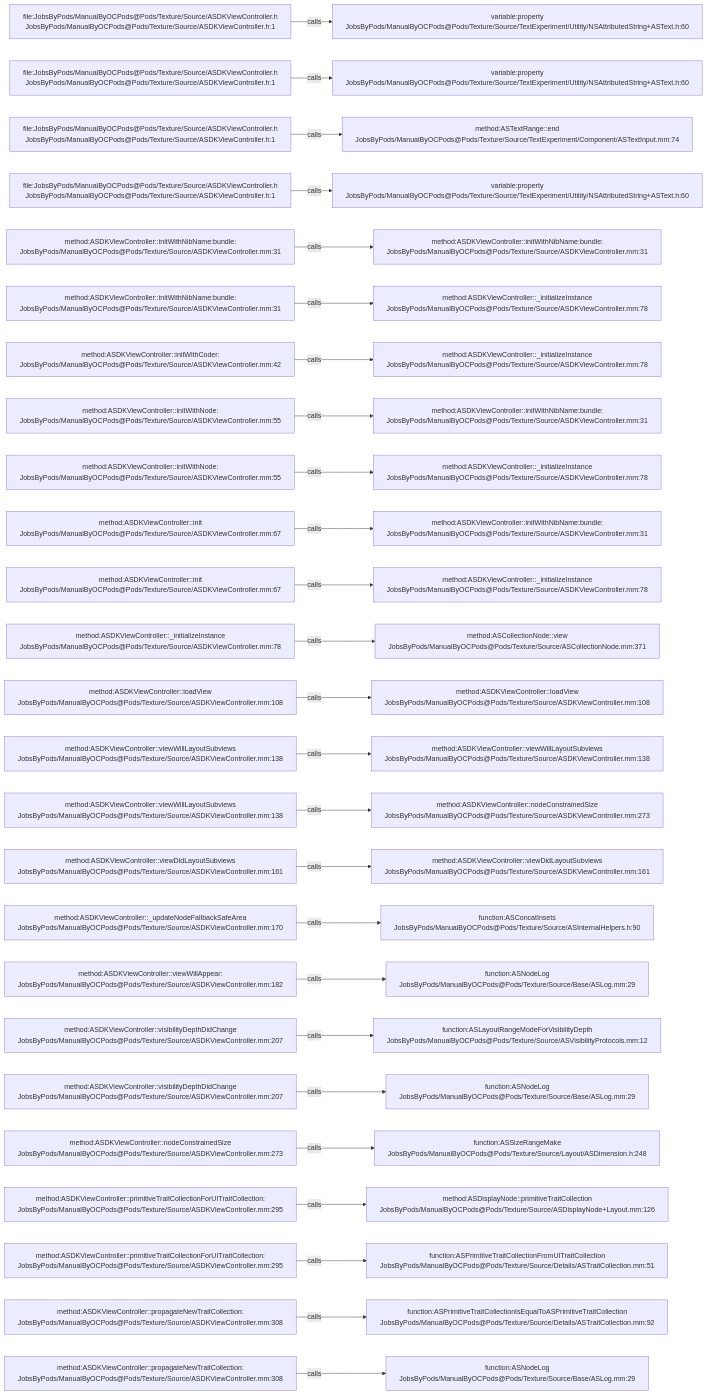
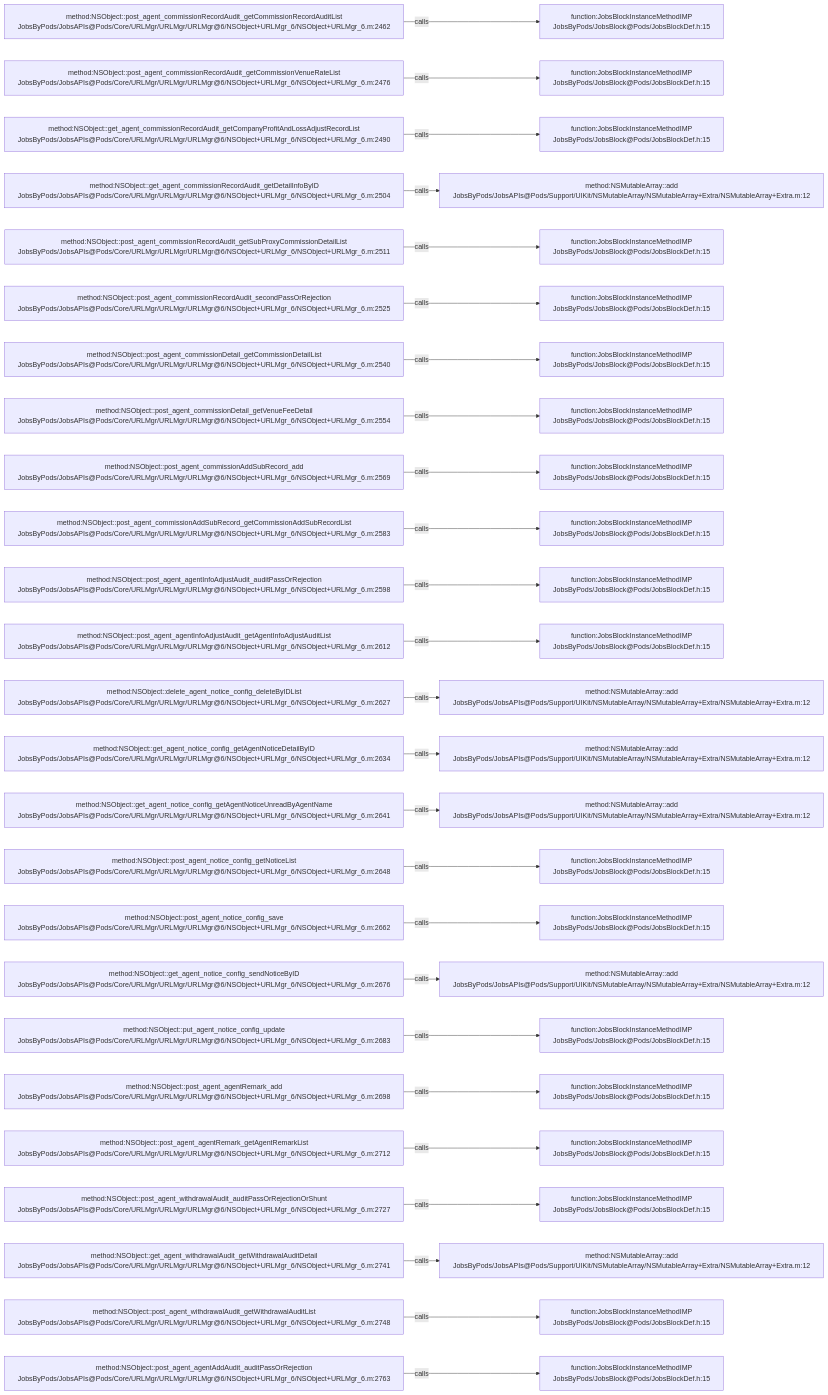
The diagram in .codegraph/codegraph.md/graphs/calls-074.md (JobsKits/JobsOCBaseConfigDemo), drawn with Mermaid before and after one commit. The commit also changed 768 other files, not shown here.

````diff
--- a/.codegraph/codegraph.md/graphs/calls-074.md
+++ b/.codegraph/codegraph.md/graphs/calls-074.md
@@ -13,78 +13,78 @@
 ```mermaid
 flowchart LR
-  S1["file:JobsByPods/ManualByOCPods@Pods/Texture/Source/ASDKViewController.h<br/>JobsByPods/ManualByOCPods@Pods/Texture/Source/ASDKViewController.h:1"]
-  T1["variable:property<br/>JobsByPods/ManualByOCPods@Pods/Texture/Source/TextExperiment/Utility/NSAttributedString+ASText.h:60"]
+  S1["method:NSObject::post_agent_commissionRecordAudit_getCommissionRecordAuditList<br/>JobsByPods/JobsAPIs@Pods/Core/URLMgr/URLMgr/URLMgr@6/NSObject+URLMgr_6/NSObject+URLMgr_6.m:2462"]
+  T1["function:JobsBlockInstanceMethodIMP<br/>JobsByPods/JobsBlock@Pods/JobsBlockDef.h:15"]
   S1 -->|calls| T1
-  S2["file:JobsByPods/ManualByOCPods@Pods/Texture/Source/ASDKViewController.h<br/>JobsByPods/ManualByOCPods@Pods/Texture/Source/ASDKViewController.h:1"]
-  T2["variable:property<br/>JobsByPods/ManualByOCPods@Pods/Texture/Source/TextExperiment/Utility/NSAttributedString+ASText.h:60"]
+  S2["method:NSObject::post_agent_commissionRecordAudit_getCommissionVenueRateList<br/>JobsByPods/JobsAPIs@Pods/Core/URLMgr/URLMgr/URLMgr@6/NSObject+URLMgr_6/NSObject+URLMgr_6.m:2476"]
+  T2["function:JobsBlockInstanceMethodIMP<br/>JobsByPods/JobsBlock@Pods/JobsBlockDef.h:15"]
   S2 -->|calls| T2
-  S3["file:JobsByPods/ManualByOCPods@Pods/Texture/Source/ASDKViewController.h<br/>JobsByPods/ManualByOCPods@Pods/Texture/Source/ASDKViewController.h:1"]
-  T3["method:ASTextRange::end<br/>JobsByPods/ManualByOCPods@Pods/Texture/Source/TextExperiment/Component/ASTextInput.mm:74"]
+  S3["method:NSObject::get_agent_commissionRecordAudit_getCompanyProfitAndLossAdjustRecordList<br/>JobsByPods/JobsAPIs@Pods/Core/URLMgr/URLMgr/URLMgr@6/NSObject+URLMgr_6/NSObject+URLMgr_6.m:2490"]
+  T3["function:JobsBlockInstanceMethodIMP<br/>JobsByPods/JobsBlock@Pods/JobsBlockDef.h:15"]
   S3 -->|calls| T3
-  S4["file:JobsByPods/ManualByOCPods@Pods/Texture/Source/ASDKViewController.h<br/>JobsByPods/ManualByOCPods@Pods/Texture/Source/ASDKViewController.h:1"]
-  T4["variable:property<br/>JobsByPods/ManualByOCPods@Pods/Texture/Source/TextExperiment/Utility/NSAttributedString+ASText.h:60"]
+  S4["method:NSObject::get_agent_commissionRecordAudit_getDetailInfoByID<br/>JobsByPods/JobsAPIs@Pods/Core/URLMgr/URLMgr/URLMgr@6/NSObject+URLMgr_6/NSObject+URLMgr_6.m:2504"]
+  T4["method:NSMutableArray::add<br/>JobsByPods/JobsAPIs@Pods/Support/UIKit/NSMutableArray/NSMutableArray+Extra/NSMutableArray+Extra.m:12"]
   S4 -->|calls| T4
-  S5["method:ASDKViewController::initWithNibName:bundle:<br/>JobsByPods/ManualByOCPods@Pods/Texture/Source/ASDKViewController.mm:31"]
-  T5["method:ASDKViewController::initWithNibName:bundle:<br/>JobsByPods/ManualByOCPods@Pods/Texture/Source/ASDKViewController.mm:31"]
+  S5["method:NSObject::post_agent_commissionRecordAudit_getSubProxyCommissionDetailList<br/>JobsByPods/JobsAPIs@Pods/Core/URLMgr/URLMgr/URLMgr@6/NSObject+URLMgr_6/NSObject+URLMgr_6.m:2511"]
+  T5["function:JobsBlockInstanceMethodIMP<br/>JobsByPods/JobsBlock@Pods/JobsBlockDef.h:15"]
   S5 -->|calls| T5
-  S6["method:ASDKViewController::initWithNibName:bundle:<br/>JobsByPods/ManualByOCPods@Pods/Texture/Source/ASDKViewController.mm:31"]
-  T6["method:ASDKViewController::_initializeInstance<br/>JobsByPods/ManualByOCPods@Pods/Texture/Source/ASDKViewController.mm:78"]
+  S6["method:NSObject::post_agent_commissionRecordAudit_secondPassOrRejection<br/>JobsByPods/JobsAPIs@Pods/Core/URLMgr/URLMgr/URLMgr@6/NSObject+URLMgr_6/NSObject+URLMgr_6.m:2525"]
+  T6["function:JobsBlockInstanceMethodIMP<br/>JobsByPods/JobsBlock@Pods/JobsBlockDef.h:15"]
   S6 -->|calls| T6
-  S7["method:ASDKViewController::initWithCoder:<br/>JobsByPods/ManualByOCPods@Pods/Texture/Source/ASDKViewController.mm:42"]
-  T7["method:ASDKViewController::_initializeInstance<br/>JobsByPods/ManualByOCPods@Pods/Texture/Source/ASDKViewController.mm:78"]
+  S7["method:NSObject::post_agent_commissionDetail_getCommissionDetailList<br/>JobsByPods/JobsAPIs@Pods/Core/URLMgr/URLMgr/URLMgr@6/NSObject+URLMgr_6/NSObject+URLMgr_6.m:2540"]
+  T7["function:JobsBlockInstanceMethodIMP<br/>JobsByPods/JobsBlock@Pods/JobsBlockDef.h:15"]
   S7 -->|calls| T7
-  S8["method:ASDKViewController::initWithNode:<br/>JobsByPods/ManualByOCPods@Pods/Texture/Source/ASDKViewController.mm:55"]
-  T8["method:ASDKViewController::initWithNibName:bundle:<br/>JobsByPods/ManualByOCPods@Pods/Texture/Source/ASDKViewController.mm:31"]
+  S8["method:NSObject::post_agent_commissionDetail_getVenueFeeDetail<br/>JobsByPods/JobsAPIs@Pods/Core/URLMgr/URLMgr/URLMgr@6/NSObject+URLMgr_6/NSObject+URLMgr_6.m:2554"]
+  T8["function:JobsBlockInstanceMethodIMP<br/>JobsByPods/JobsBlock@Pods/JobsBlockDef.h:15"]
   S8 -->|calls| T8
-  S9["method:ASDKViewController::initWithNode:<br/>JobsByPods/ManualByOCPods@Pods/Texture/Source/ASDKViewController.mm:55"]
-  T9["method:ASDKViewController::_initializeInstance<br/>JobsByPods/ManualByOCPods@Pods/Texture/Source/ASDKViewController.mm:78"]
+  S9["method:NSObject::post_agent_commissionAddSubRecord_add<br/>JobsByPods/JobsAPIs@Pods/Core/URLMgr/URLMgr/URLMgr@6/NSObject+URLMgr_6/NSObject+URLMgr_6.m:2569"]
+  T9["function:JobsBlockInstanceMethodIMP<br/>JobsByPods/JobsBlock@Pods/JobsBlockDef.h:15"]
   S9 -->|calls| T9
-  S10["method:ASDKViewController::init<br/>JobsByPods/ManualByOCPods@Pods/Texture/Source/ASDKViewController.mm:67"]
-  T10["method:ASDKViewController::initWithNibName:bundle:<br/>JobsByPods/ManualByOCPods@Pods/Texture/Source/ASDKViewController.mm:31"]
+  S10["method:NSObject::post_agent_commissionAddSubRecord_getCommissionAddSubRecordList<br/>JobsByPods/JobsAPIs@Pods/Core/URLMgr/URLMgr/URLMgr@6/NSObject+URLMgr_6/NSObject+URLMgr_6.m:2583"]
+  T10["function:JobsBlockInstanceMethodIMP<br/>JobsByPods/JobsBlock@Pods/JobsBlockDef.h:15"]
   S10 -->|calls| T10
-  S11["method:ASDKViewController::init<br/>JobsByPods/ManualByOCPods@Pods/Texture/Source/ASDKViewController.mm:67"]
-  T11["method:ASDKViewController::_initializeInstance<br/>JobsByPods/ManualByOCPods@Pods/Texture/Source/ASDKViewController.mm:78"]
+  S11["method:NSObject::post_agent_agentInfoAdjustAudit_auditPassOrRejection<br/>JobsByPods/JobsAPIs@Pods/Core/URLMgr/URLMgr/URLMgr@6/NSObject+URLMgr_6/NSObject+URLMgr_6.m:2598"]
+  T11["function:JobsBlockInstanceMethodIMP<br/>JobsByPods/JobsBlock@Pods/JobsBlockDef.h:15"]
   S11 -->|calls| T11
-  S12["method:ASDKViewController::_initializeInstance<br/>JobsByPods/ManualByOCPods@Pods/Texture/Source/ASDKViewController.mm:78"]
-  T12["method:ASCollectionNode::view<br/>JobsByPods/ManualByOCPods@Pods/Texture/Source/ASCollectionNode.mm:371"]
+  S12["method:NSObject::post_agent_agentInfoAdjustAudit_getAgentInfoAdjustAuditList<br/>JobsByPods/JobsAPIs@Pods/Core/URLMgr/URLMgr/URLMgr@6/NSObject+URLMgr_6/NSObject+URLMgr_6.m:2612"]
+  T12["function:JobsBlockInstanceMethodIMP<br/>JobsByPods/JobsBlock@Pods/JobsBlockDef.h:15"]
   S12 -->|calls| T12
-  S13["method:ASDKViewController::loadView<br/>JobsByPods/ManualByOCPods@Pods/Texture/Source/ASDKViewController.mm:108"]
-  T13["method:ASDKViewController::loadView<br/>JobsByPods/ManualByOCPods@Pods/Texture/Source/ASDKViewController.mm:108"]
+  S13["method:NSObject::delete_agent_notice_config_deleteByIDList<br/>JobsByPods/JobsAPIs@Pods/Core/URLMgr/URLMgr/URLMgr@6/NSObject+URLMgr_6/NSObject+URLMgr_6.m:2627"]
+  T13["method:NSMutableArray::add<br/>JobsByPods/JobsAPIs@Pods/Support/UIKit/NSMutableArray/NSMutableArray+Extra/NSMutableArray+Extra.m:12"]
   S13 -->|calls| T13
-  S14["method:ASDKViewController::viewWillLayoutSubviews<br/>JobsByPods/ManualByOCPods@Pods/Texture/Source/ASDKViewController.mm:138"]
-  T14["method:ASDKViewController::viewWillLayoutSubviews<br/>JobsByPods/ManualByOCPods@Pods/Texture/Source/ASDKViewController.mm:138"]
+  S14["method:NSObject::get_agent_notice_config_getAgentNoticeDetailByID<br/>JobsByPods/JobsAPIs@Pods/Core/URLMgr/URLMgr/URLMgr@6/NSObject+URLMgr_6/NSObject+URLMgr_6.m:2634"]
+  T14["method:NSMutableArray::add<br/>JobsByPods/JobsAPIs@Pods/Support/UIKit/NSMutableArray/NSMutableArray+Extra/NSMutableArray+Extra.m:12"]
   S14 -->|calls| T14
-  S15["method:ASDKViewController::viewWillLayoutSubviews<br/>JobsByPods/ManualByOCPods@Pods/Texture/Source/ASDKViewController.mm:138"]
-  T15["method:ASDKViewController::nodeConstrainedSize<br/>JobsByPods/ManualByOCPods@Pods/Texture/Source/ASDKViewController.mm:273"]
+  S15["method:NSObject::get_agent_notice_config_getAgentNoticeUnreadByAgentName<br/>JobsByPods/JobsAPIs@Pods/Core/URLMgr/URLMgr/URLMgr@6/NSObject+URLMgr_6/NSObject+URLMgr_6.m:2641"]
+  T15["method:NSMutableArray::add<br/>JobsByPods/JobsAPIs@Pods/Support/UIKit/NSMutableArray/NSMutableArray+Extra/NSMutableArray+Extra.m:12"]
   S15 -->|calls| T15
-  S16["method:ASDKViewController::viewDidLayoutSubviews<br/>JobsByPods/ManualByOCPods@Pods/Texture/Source/ASDKViewController.mm:161"]
-  T16["method:ASDKViewController::viewDidLayoutSubviews<br/>JobsByPods/ManualByOCPods@Pods/Texture/Source/ASDKViewController.mm:161"]
+  S16["method:NSObject::post_agent_notice_config_getNoticeList<br/>JobsByPods/JobsAPIs@Pods/Core/URLMgr/URLMgr/URLMgr@6/NSObject+URLMgr_6/NSObject+URLMgr_6.m:2648"]
+  T16["function:JobsBlockInstanceMethodIMP<br/>JobsByPods/JobsBlock@Pods/JobsBlockDef.h:15"]
   S16 -->|calls| T16
-  S17["method:ASDKViewController::_updateNodeFallbackSafeArea<br/>JobsByPods/ManualByOCPods@Pods/Texture/Source/ASDKViewController.mm:170"]
-  T17["function:ASConcatInsets<br/>JobsByPods/ManualByOCPods@Pods/Texture/Source/ASInternalHelpers.h:90"]
+  S17["method:NSObject::post_agent_notice_config_save<br/>JobsByPods/JobsAPIs@Pods/Core/URLMgr/URLMgr/URLMgr@6/NSObject+URLMgr_6/NSObject+URLMgr_6.m:2662"]
+  T17["function:JobsBlockInstanceMethodIMP<br/>JobsByPods/JobsBlock@Pods/JobsBlockDef.h:15"]
   S17 -->|calls| T17
-  S18["method:ASDKViewController::viewWillAppear:<br/>JobsByPods/ManualByOCPods@Pods/Texture/Source/ASDKViewController.mm:182"]
-  T18["function:ASNodeLog<br/>JobsByPods/ManualByOCPods@Pods/Texture/Source/Base/ASLog.mm:29"]
+  S18["method:NSObject::get_agent_notice_config_sendNoticeByID<br/>JobsByPods/JobsAPIs@Pods/Core/URLMgr/URLMgr/URLMgr@6/NSObject+URLMgr_6/NSObject+URLMgr_6.m:2676"]
+  T18["method:NSMutableArray::add<br/>JobsByPods/JobsAPIs@Pods/Support/UIKit/NSMutableArray/NSMutableArray+Extra/NSMutableArray+Extra.m:12"]
   S18 -->|calls| T18
-  S19["method:ASDKViewController::visibilityDepthDidChange<br/>JobsByPods/ManualByOCPods@Pods/Texture/Source/ASDKViewController.mm:207"]
-  T19["function:ASLayoutRangeModeForVisibilityDepth<br/>JobsByPods/ManualByOCPods@Pods/Texture/Source/ASVisibilityProtocols.mm:12"]
+  S19["method:NSObject::put_agent_notice_config_update<br/>JobsByPods/JobsAPIs@Pods/Core/URLMgr/URLMgr/URLMgr@6/NSObject+URLMgr_6/NSObject+URLMgr_6.m:2683"]
+  T19["function:JobsBlockInstanceMethodIMP<br/>JobsByPods/JobsBlock@Pods/JobsBlockDef.h:15"]
   S19 -->|calls| T19
-  S20["method:ASDKViewController::visibilityDepthDidChange<br/>JobsByPods/ManualByOCPods@Pods/Texture/Source/ASDKViewController.mm:207"]
-  T20["function:ASNodeLog<br/>JobsByPods/ManualByOCPods@Pods/Texture/Source/Base/ASLog.mm:29"]
+  S20["method:NSObject::post_agent_agentRemark_add<br/>JobsByPods/JobsAPIs@Pods/Core/URLMgr/URLMgr/URLMgr@6/NSObject+URLMgr_6/NSObject+URLMgr_6.m:2698"]
+  T20["function:JobsBlockInstanceMethodIMP<br/>JobsByPods/JobsBlock@Pods/JobsBlockDef.h:15"]
   S20 -->|calls| T20
-  S21["method:ASDKViewController::nodeConstrainedSize<br/>JobsByPods/ManualByOCPods@Pods/Texture/Source/ASDKViewController.mm:273"]
-  T21["function:ASSizeRangeMake<br/>JobsByPods/ManualByOCPods@Pods/Texture/Source/Layout/ASDimension.h:248"]
+  S21["method:NSObject::post_agent_agentRemark_getAgentRemarkList<br/>JobsByPods/JobsAPIs@Pods/Core/URLMgr/URLMgr/URLMgr@6/NSObject+URLMgr_6/NSObject+URLMgr_6.m:2712"]
+  T21["function:JobsBlockInstanceMethodIMP<br/>JobsByPods/JobsBlock@Pods/JobsBlockDef.h:15"]
   S21 -->|calls| T21
-  S22["method:ASDKViewController::primitiveTraitCollectionForUITraitCollection:<br/>JobsByPods/ManualByOCPods@Pods/Texture/Source/ASDKViewController.mm:295"]
-  T22["method:ASDisplayNode::primitiveTraitCollection<br/>JobsByPods/ManualByOCPods@Pods/Texture/Source/ASDisplayNode+Layout.mm:126"]
+  S22["method:NSObject::post_agent_withdrawalAudit_auditPassOrRejectionOrShunt<br/>JobsByPods/JobsAPIs@Pods/Core/URLMgr/URLMgr/URLMgr@6/NSObject+URLMgr_6/NSObject+URLMgr_6.m:2727"]
+  T22["function:JobsBlockInstanceMethodIMP<br/>JobsByPods/JobsBlock@Pods/JobsBlockDef.h:15"]
   S22 -->|calls| T22
-  S23["method:ASDKViewController::primitiveTraitCollectionForUITraitCollection:<br/>JobsByPods/ManualByOCPods@Pods/Texture/Source/ASDKViewController.mm:295"]
-  T23["function:ASPrimitiveTraitCollectionFromUITraitCollection<br/>JobsByPods/ManualByOCPods@Pods/Texture/Source/Details/ASTraitCollection.mm:51"]
+  S23["method:NSObject::get_agent_withdrawalAudit_getWithdrawalAuditDetail<br/>JobsByPods/JobsAPIs@Pods/Core/URLMgr/URLMgr/URLMgr@6/NSObject+URLMgr_6/NSObject+URLMgr_6.m:2741"]
+  T23["method:NSMutableArray::add<br/>JobsByPods/JobsAPIs@Pods/Support/UIKit/NSMutableArray/NSMutableArray+Extra/NSMutableArray+Extra.m:12"]
   S23 -->|calls| T23
-  S24["method:ASDKViewController::propagateNewTraitCollection:<br/>JobsByPods/ManualByOCPods@Pods/Texture/Source/ASDKViewController.mm:308"]
-  T24["function:ASPrimitiveTraitCollectionIsEqualToASPrimitiveTraitCollection<br/>JobsByPods/ManualByOCPods@Pods/Texture/Source/Details/ASTraitCollection.mm:92"]
+  S24["method:NSObject::post_agent_withdrawalAudit_getWithdrawalAuditList<br/>JobsByPods/JobsAPIs@Pods/Core/URLMgr/URLMgr/URLMgr@6/NSObject+URLMgr_6/NSObject+URLMgr_6.m:2748"]
+  T24["function:JobsBlockInstanceMethodIMP<br/>JobsByPods/JobsBlock@Pods/JobsBlockDef.h:15"]
   S24 -->|calls| T24
-  S25["method:ASDKViewController::propagateNewTraitCollection:<br/>JobsByPods/ManualByOCPods@Pods/Texture/Source/ASDKViewController.mm:308"]
-  T25["function:ASNodeLog<br/>JobsByPods/ManualByOCPods@Pods/Texture/Source/Base/ASLog.mm:29"]
+  S25["method:NSObject::post_agent_agentAddAudit_auditPassOrRejection<br/>JobsByPods/JobsAPIs@Pods/Core/URLMgr/URLMgr/URLMgr@6/NSObject+URLMgr_6/NSObject+URLMgr_6.m:2763"]
+  T25["function:JobsBlockInstanceMethodIMP<br/>JobsByPods/JobsBlock@Pods/JobsBlockDef.h:15"]
   S25 -->|calls| T25
 ```
````
